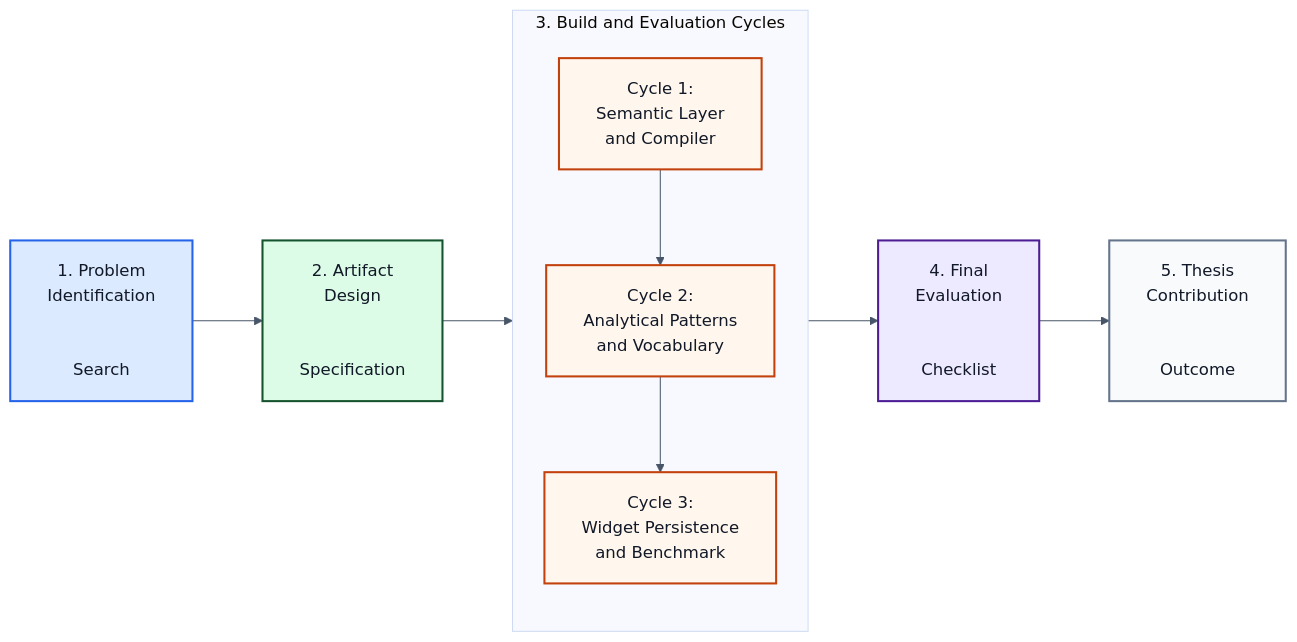
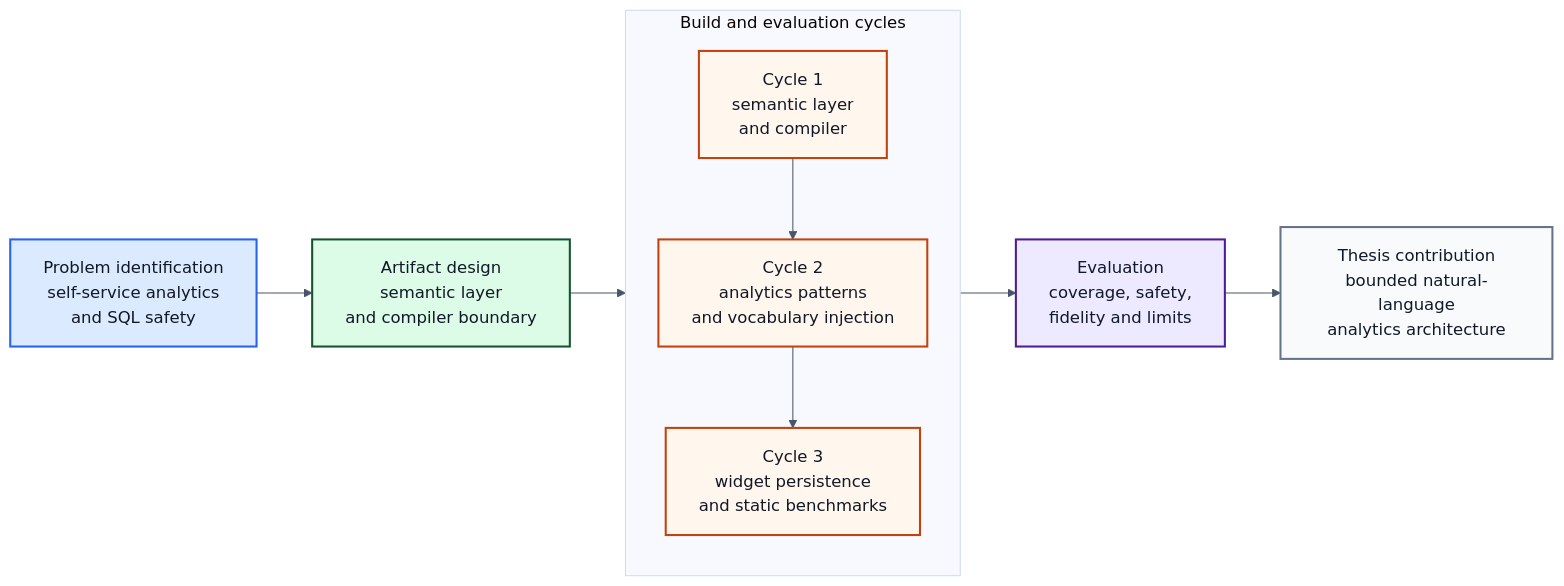
One commit to md-riaz/AEGIS-Research changed the diagram in docs/scripts/thesis_book_generator/figures/source/figure-01-dsr-workflow.mmd. Above: the diagram before and after it, drawn with Mermaid. The commit also changed 21 other files, not shown here.

```diff
--- a/docs/scripts/thesis_book_generator/figures/source/figure-01-dsr-workflow.mmd
+++ b/docs/scripts/thesis_book_generator/figures/source/figure-01-dsr-workflow.mmd
@@ -1,31 +1,31 @@
 %% AEGIS thesis Figure 1 source
-%%{init: {"theme": "base", "themeCSS": ".nodeLabel, .edgeLabel, .cluster-label { font-family: Arial, sans-serif !important; font-weight: 600; } .stage .label { font-size: 19px; } .cycle .label { font-size: 16px; font-weight: 500; }", "themeVariables": {"fontFamily": "Arial, sans-serif", "primaryTextColor": "#111827", "lineColor": "#475569"}, "flowchart": {"nodeSpacing": 42, "rankSpacing": 68, "curve": "linear", "padding": 18}}}%%
+%%{init: {"theme": "base", "themeCSS": ".nodeLabel, .edgeLabel, .cluster-label { font-family: Arial, sans-serif !important; } .nodeLabel { font-size: 17px; } .cluster-label { font-weight: 700; }", "themeVariables": {"fontFamily": "Arial, sans-serif", "primaryTextColor": "#111827", "lineColor": "#475569"}, "flowchart": {"nodeSpacing": 44, "rankSpacing": 54, "curve": "linear", "padding": 16}}}%%
 flowchart LR
-    P["1. Problem<br/>Identification<br/><br/><br/>Search"]
-    A["2. Artifact<br/>Design<br/><br/><br/>Specification"]
+    P["Problem identification<br/>self-service analytics<br/>and SQL safety"]
+    A["Artifact design<br/>semantic layer<br/>and compiler boundary"]
 
-    subgraph CYCLES["3. Build and Evaluation Cycles"]
+    subgraph CYCLES["Build and evaluation cycles"]
       direction TB
-      C1["Cycle 1:<br/>Semantic Layer<br/>and Compiler"]
-      C2["Cycle 2:<br/>Analytical Patterns<br/>and Vocabulary"]
-      C3["Cycle 3:<br/>Widget Persistence<br/>and Benchmark"]
+      C1["Cycle 1<br/>semantic layer<br/>and compiler"]
+      C2["Cycle 2<br/>analytics patterns<br/>and vocabulary injection"]
+      C3["Cycle 3<br/>widget persistence<br/>and static benchmarks"]
       C1 --> C2 --> C3
     end
 
-    E["4. Final<br/>Evaluation<br/><br/><br/>Checklist"]
-    T["5. Thesis<br/>Contribution<br/><br/><br/>Outcome"]
+    E["Evaluation<br/>coverage, safety,<br/>fidelity and limits"]
+    T["Thesis contribution<br/>bounded natural-language<br/>analytics architecture"]
 
     P --> A --> C1
     C3 --> E --> T
 
     classDef problem fill:#dbeafe,stroke:#2563eb,color:#111827,stroke-width:2px;
     classDef design fill:#dcfce7,stroke:#14532d,color:#111827,stroke-width:2px;
     classDef cycle fill:#fff7ed,stroke:#c2410c,color:#111827,stroke-width:2px;
     classDef eval fill:#ede9fe,stroke:#4c1d95,color:#111827,stroke-width:2px;
     classDef output fill:#f8fafc,stroke:#64748b,color:#111827,stroke-width:2px;
 
     class P problem;
     class A design;
     class C1,C2,C3 cycle;
     class E eval;
     class T output;
```
